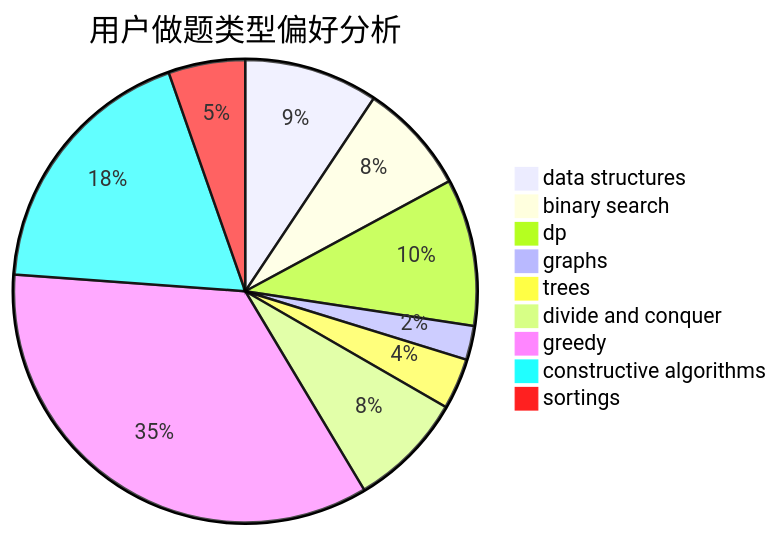
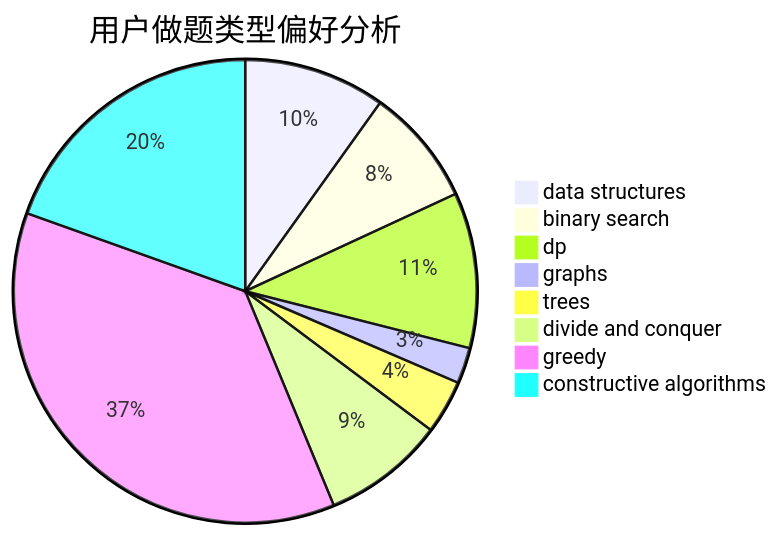
Before and after one commit to sherpahu/cfrs.github.io: the second of 3 diagrams in docs/user/u2386.md, drawn with Mermaid. The commit also changed other lines of this file and 2769 other files, not shown here.

````diff
--- a/docs/user/u2386.md
+++ b/docs/user/u2386.md
@@ -18,12 +18,11 @@
 ```mermaid
 pie title 用户做题类型偏好分析
     "data structures" :  213
     "binary search" :  177
     "dp" :  234
     "graphs" :  54
     "trees" :  81
     "divide and conquer" :  184
     "greedy" :  791
     "constructive algorithms" :  421
-    "sortings" :  122
 ```
````
